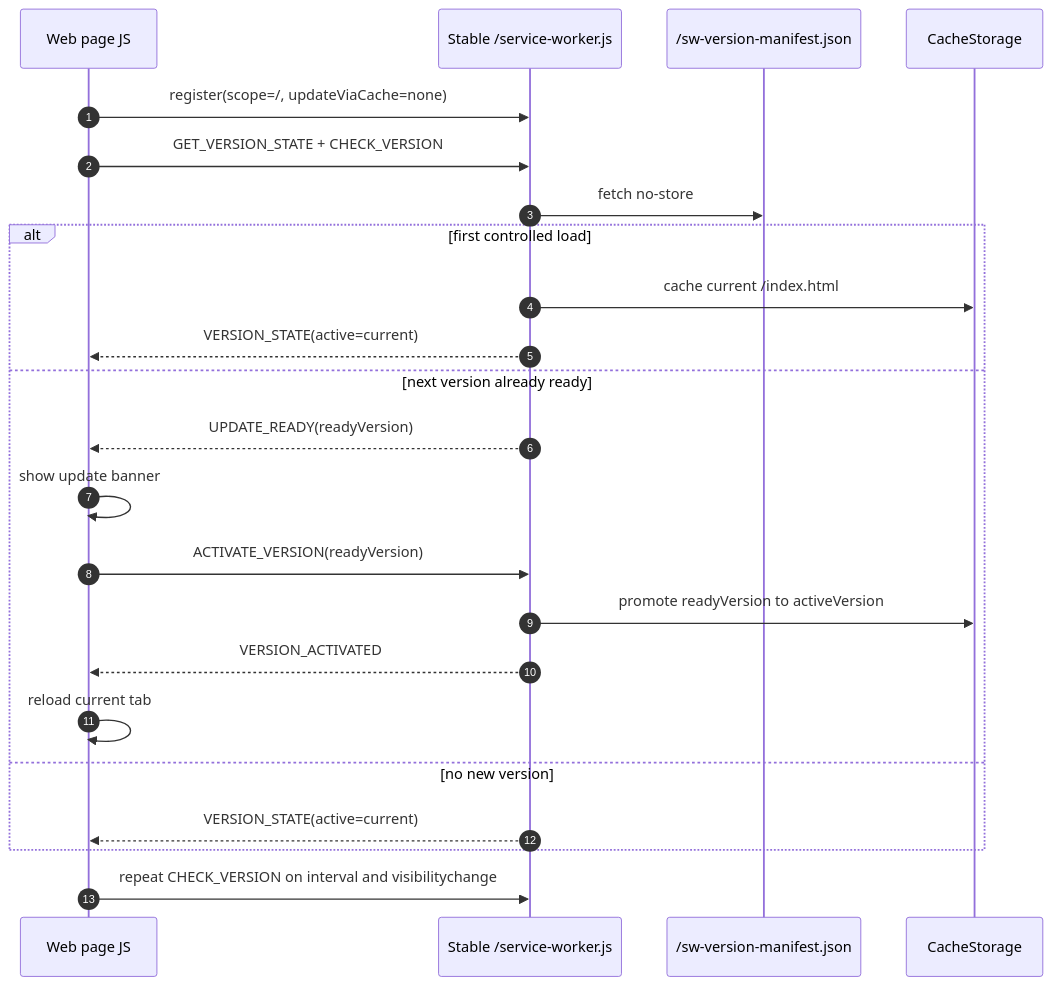
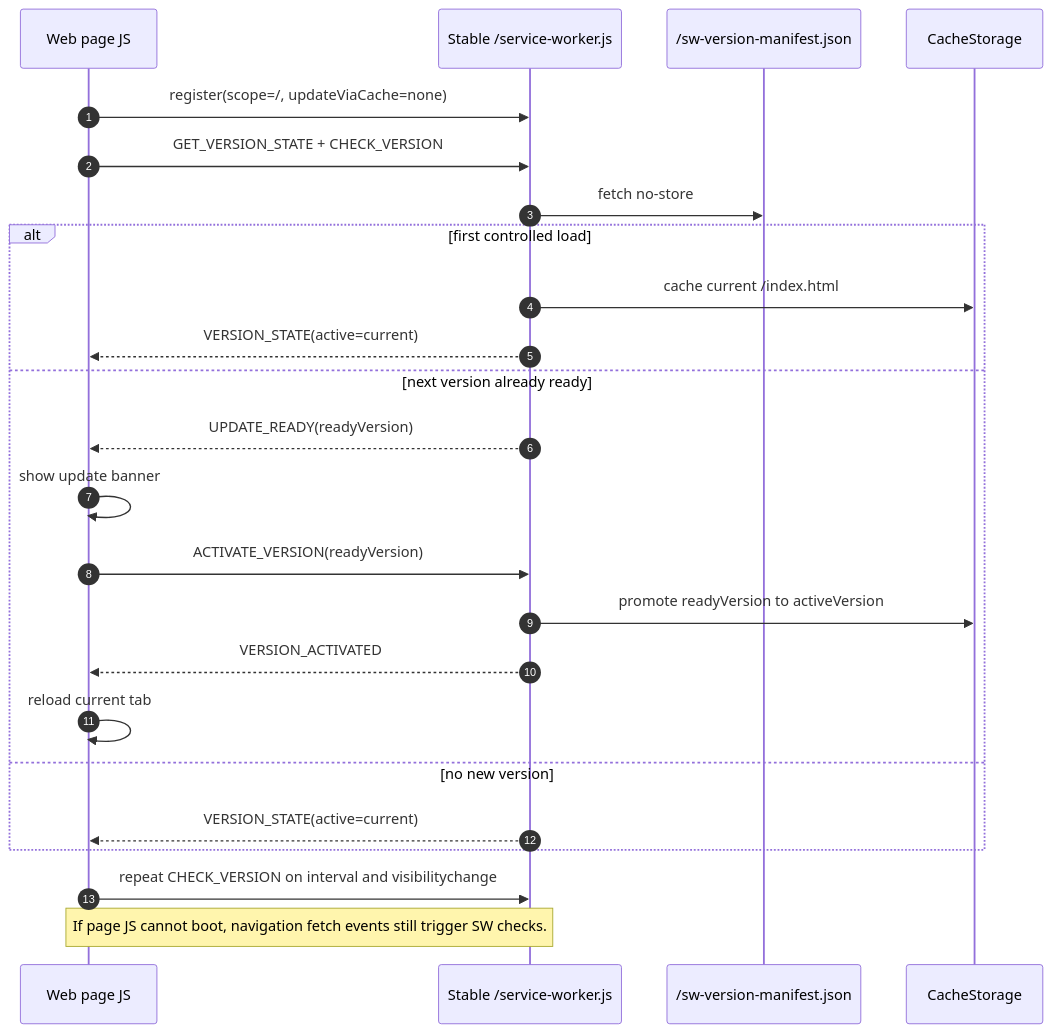
Before and after one commit to OneKeyHQ/app-monorepo: the first of 5 diagrams in docs/web-service-worker-version-preload.md, drawn with Mermaid. The commit also changed other lines of this file and 1 other file, not shown here.

````diff
--- a/docs/web-service-worker-version-preload.md
+++ b/docs/web-service-worker-version-preload.md
@@ -89,28 +92,29 @@
 ```mermaid
 sequenceDiagram
   autonumber
   participant Page as Web page JS
   participant SW as Stable /service-worker.js
   participant Manifest as /sw-version-manifest.json
   participant Cache as CacheStorage
 
   Page->>SW: register(scope=/, updateViaCache=none)
   Page->>SW: GET_VERSION_STATE + CHECK_VERSION
   SW->>Manifest: fetch no-store
 
   alt first controlled load
     SW->>Cache: cache current /index.html
     SW-->>Page: VERSION_STATE(active=current)
   else next version already ready
     SW-->>Page: UPDATE_READY(readyVersion)
     Page->>Page: show update banner
     Page->>SW: ACTIVATE_VERSION(readyVersion)
     SW->>Cache: promote readyVersion to activeVersion
     SW-->>Page: VERSION_ACTIVATED
     Page->>Page: reload current tab
   else no new version
     SW-->>Page: VERSION_STATE(active=current)
   end
 
   Page->>SW: repeat CHECK_VERSION on interval and visibilitychange
+  Note over Page,SW: If page JS cannot boot, navigation fetch events still trigger SW checks.
 ```
````
